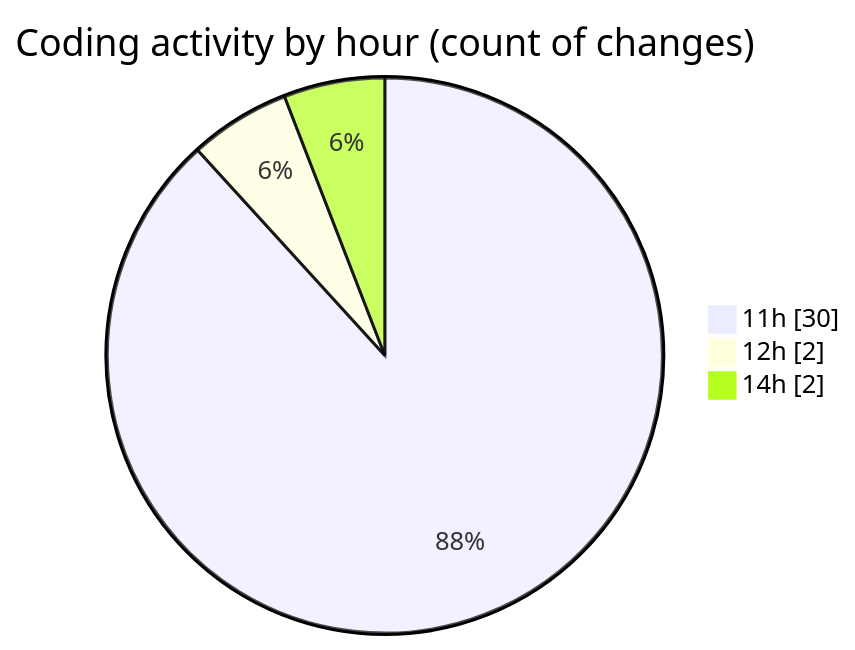
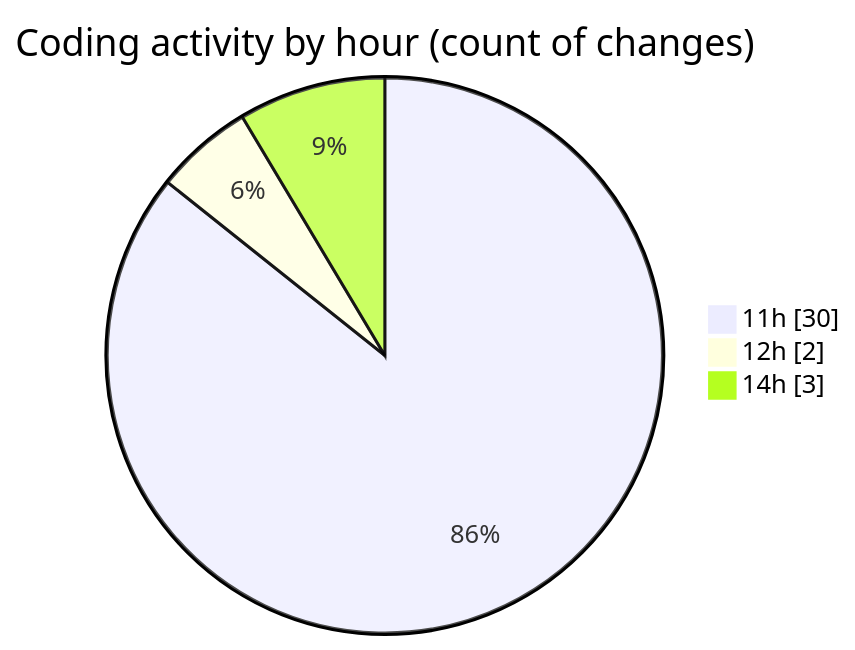
Before and after one commit to lephambinh05/code-tracking: the second of 2 diagrams in 2025-08-28/studybuddy/README.md, drawn with Mermaid. The commit also changed other lines of this file and 1 other file, not shown here.

````diff
--- a/2025-08-28/studybuddy/README.md
+++ b/2025-08-28/studybuddy/README.md
@@ -42,7 +43,7 @@
 ```mermaid
 pie showData
 title Coding activity by hour (count of changes)
 "11h" : 30
 "12h" : 2
-"14h" : 2
+"14h" : 3
 ```
````
